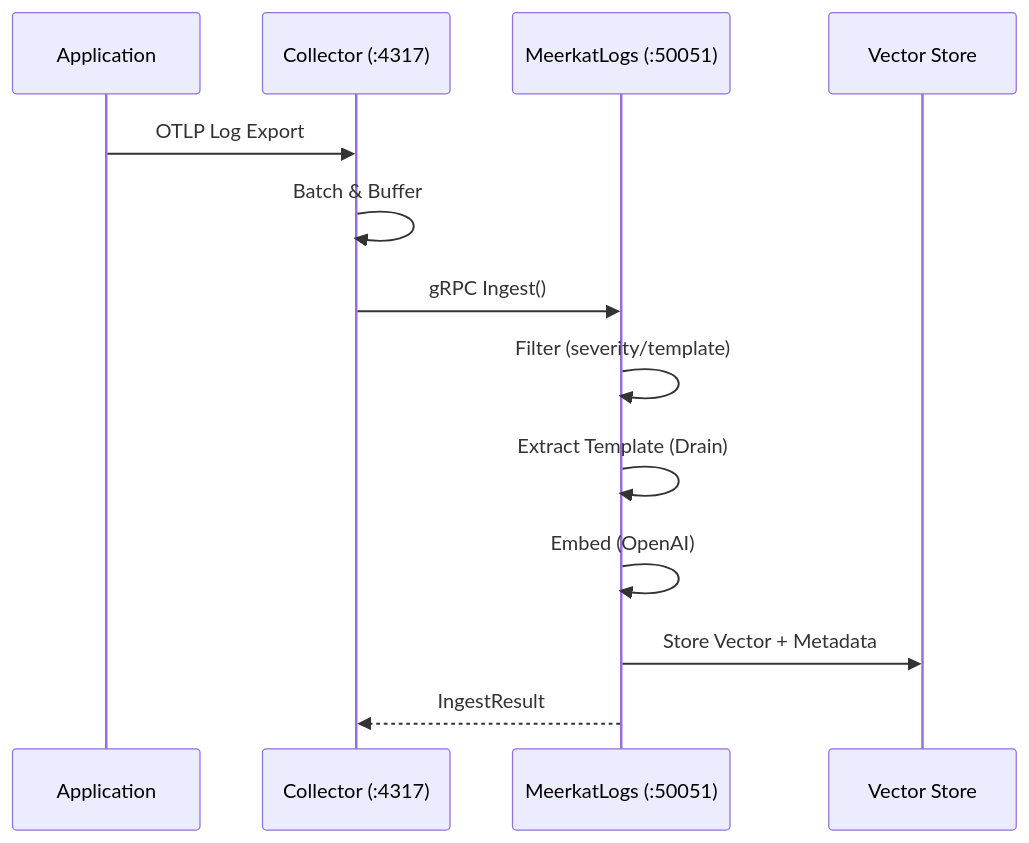
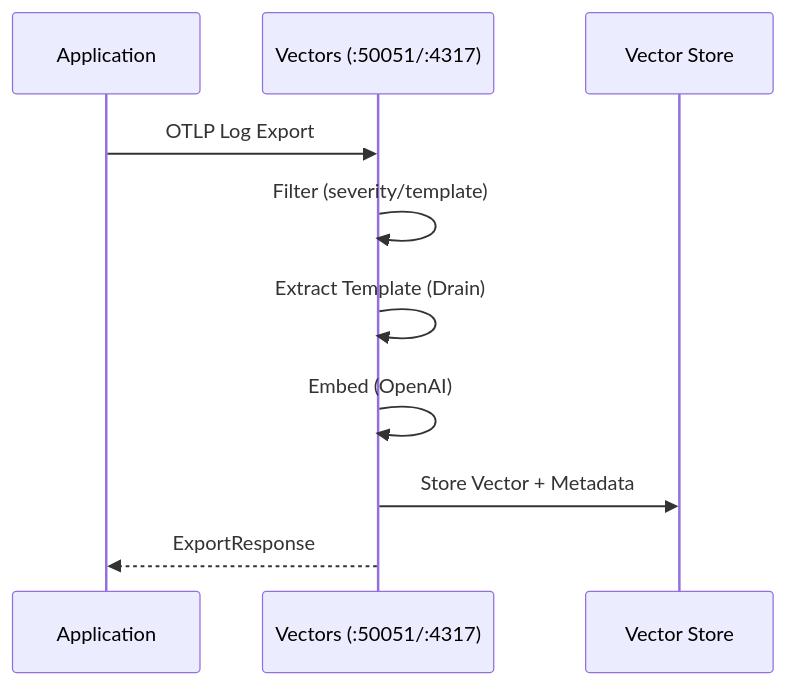
The second of 3 diagrams in README.md (serengeti-sh/meerkat), drawn with Mermaid before and after one commit. The commit also changed other lines of this file and 7 other files, not shown here.

````diff
--- a/README.md
+++ b/README.md
@@ -45,16 +42,13 @@
 ```mermaid
 sequenceDiagram
     participant App as Application
-    participant Collector as Collector (:4317)
-    participant ML as MeerkatLogs (:50051)
+    participant Vectors as Vectors (:50051/:4317)
     participant VS as Vector Store
 
-    App->>Collector: OTLP Log Export
-    Collector->>Collector: Batch & Buffer
-    Collector->>ML: gRPC Ingest()
-    ML->>ML: Filter (severity/template)
-    ML->>ML: Extract Template (Drain)
-    ML->>ML: Embed (OpenAI)
-    ML->>VS: Store Vector + Metadata
-    ML-->>Collector: IngestResult
+    App->>Vectors: OTLP Log Export
+    Vectors->>Vectors: Filter (severity/template)
+    Vectors->>Vectors: Extract Template (Drain)
+    Vectors->>Vectors: Embed (OpenAI)
+    Vectors->>VS: Store Vector + Metadata
+    Vectors-->>App: ExportResponse
 ```
````
